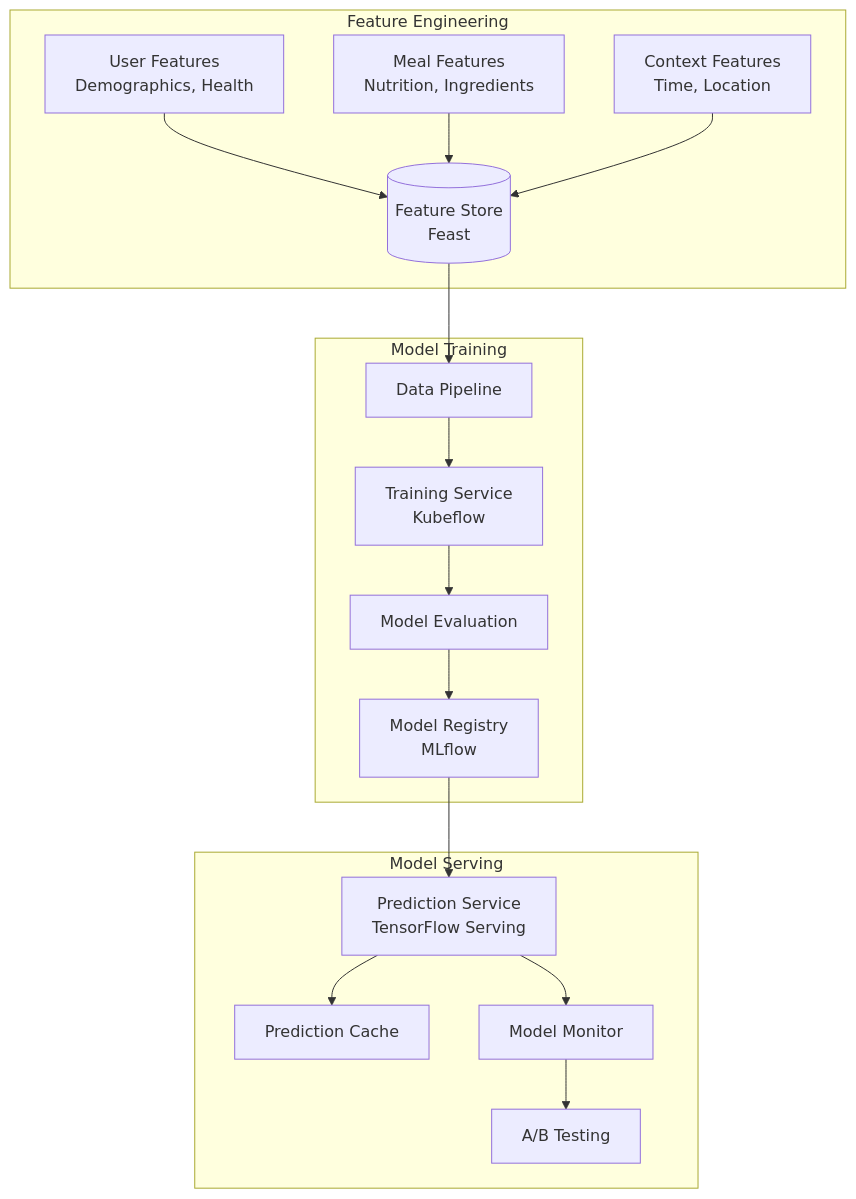
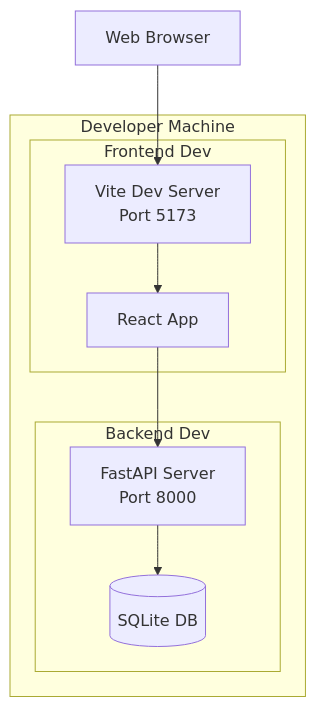
Before and after one commit to Asoingbob225/CSC510: the eighth of 9 diagrams in proj2/docs/3-DESIGN/3.1-SAD/SAD-MASTER.md, drawn with Mermaid. The commit also changed other lines of this file and 22 other files, not shown here.

````diff
--- a/proj2/docs/3-DESIGN/3.1-SAD/SAD-MASTER.md
+++ b/proj2/docs/3-DESIGN/3.1-SAD/SAD-MASTER.md
@@ -731,38 +527,19 @@
 ```mermaid
 graph TB
-    subgraph "Feature Engineering"
-        UserFeatures[User Features<br/>Demographics, Health]
-        MealFeatures[Meal Features<br/>Nutrition, Ingredients]
-        ContextFeatures[Context Features<br/>Time, Location]
-
-        FeatureStore[(Feature Store<br/>Feast)]
+    subgraph "Developer Machine"
+        subgraph "Frontend Dev"
+            Vite[Vite Dev Server<br/>Port 5173]
+            React[React App]
+        end
+        
+        subgraph "Backend Dev"
+            FastAPI[FastAPI Server<br/>Port 8000]
+            SQLite[(SQLite DB)]
+        end
     end
-
-    subgraph "Model Training"
-        DataPipeline[Data Pipeline]
-        Training[Training Service<br/>Kubeflow]
-        Evaluation[Model Evaluation]
-        Registry[Model Registry<br/>MLflow]
-    end
-
-    subgraph "Model Serving"
-        Predictor[Prediction Service<br/>TensorFlow Serving]
-        Cache[Prediction Cache]
-        Monitor[Model Monitor]
-        ABTest[A/B Testing]
-    end
-
-    UserFeatures --> FeatureStore
-    MealFeatures --> FeatureStore
-    ContextFeatures --> FeatureStore
-
-    FeatureStore --> DataPipeline
-    DataPipeline --> Training
-    Training --> Evaluation
-    Evaluation --> Registry
-
-    Registry --> Predictor
-    Predictor --> Cache
-    Predictor --> Monitor
-    Monitor --> ABTest
+    
+    Browser[Web Browser] --> Vite
+    Vite --> React
+    React --> FastAPI
+    FastAPI --> SQLite
 ```
````
